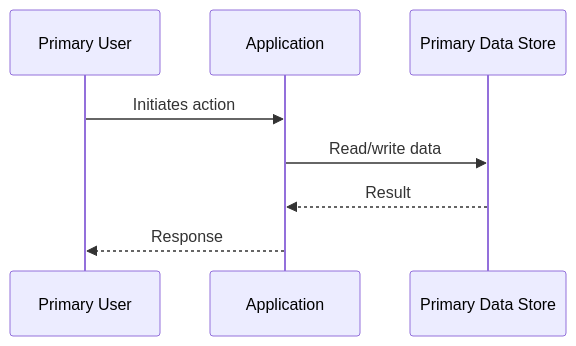
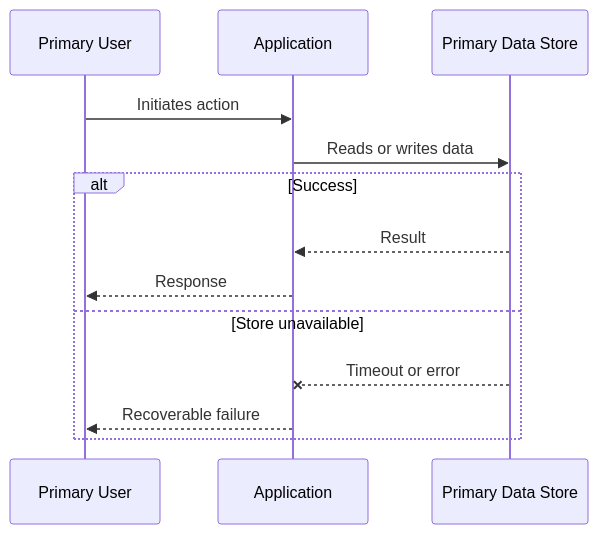
Before and after one commit to attilaszasz/sdd-pilot: the third of 4 diagrams in .github/skills/system-design/assets/sad-template.md, drawn with Mermaid. The commit also changed other lines of this file and 19 other files, not shown here.

````diff
--- a/.github/skills/system-design/assets/sad-template.md
+++ b/.github/skills/system-design/assets/sad-template.md
@@ -82,10 +89,15 @@
 ```mermaid
 sequenceDiagram
     participant User as Primary User
     participant App as Application
     participant DB as Primary Data Store
     User->>App: Initiates action
-    App->>DB: Read/write data
-    DB-->>App: Result
-    App-->>User: Response
+    App->>DB: Reads or writes data
+    alt Success
+        DB-->>App: Result
+        App-->>User: Response
+    else Store unavailable
+        DB--xApp: Timeout or error
+        App-->>User: Recoverable failure
+    end
 ```
````
